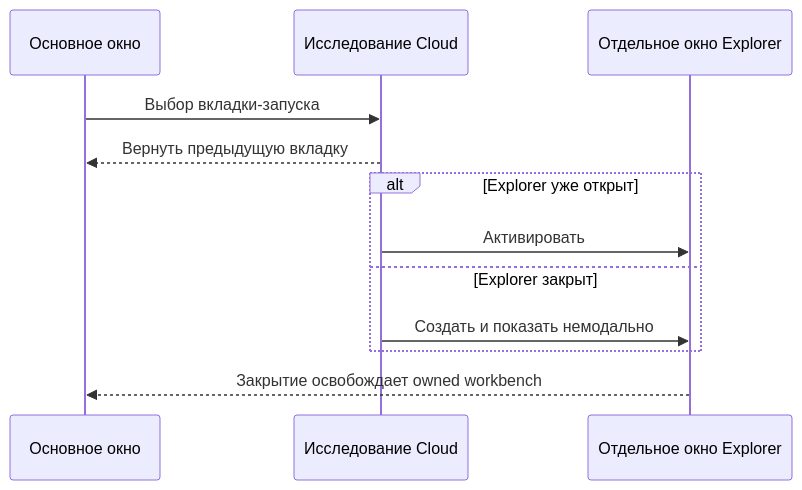
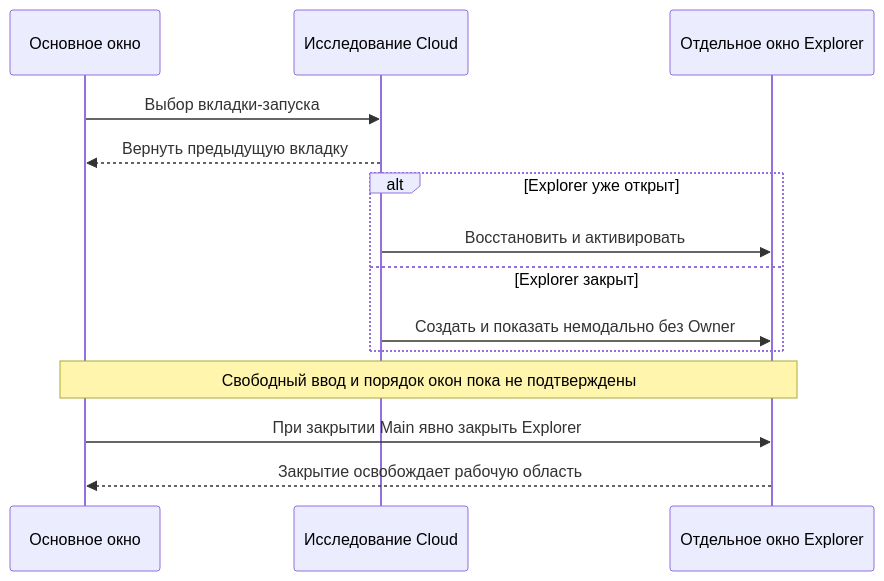
One commit to 2Rukin/OsEngine changed the first of 2 diagrams in project/Documentation/OrderFlow/CLOUD_EXPLORER_V2_SPEC.md. Above: the diagram before and after it, drawn with Mermaid. The commit also changed other lines of this file and 115 other files, not shown here.

````diff
--- a/project/Documentation/OrderFlow/CLOUD_EXPLORER_V2_SPEC.md
+++ b/project/Documentation/OrderFlow/CLOUD_EXPLORER_V2_SPEC.md
@@ -157,14 +161,16 @@
 ```mermaid
 sequenceDiagram
     participant Main as Основное окно
     participant Tab as Исследование Cloud
     participant Explorer as Отдельное окно Explorer
     Main->>Tab: Выбор вкладки-запуска
     Tab-->>Main: Вернуть предыдущую вкладку
     alt Explorer уже открыт
-        Tab->>Explorer: Активировать
+        Tab->>Explorer: Восстановить и активировать
     else Explorer закрыт
-        Tab->>Explorer: Создать и показать немодально
+        Tab->>Explorer: Создать и показать немодально без Owner
     end
-    Explorer-->>Main: Закрытие освобождает owned workbench
+    Note over Main,Explorer: Свободный ввод и порядок окон пока не подтверждены
+    Main->>Explorer: При закрытии Main явно закрыть Explorer
+    Explorer-->>Main: Закрытие освобождает рабочую область
 ```
````
